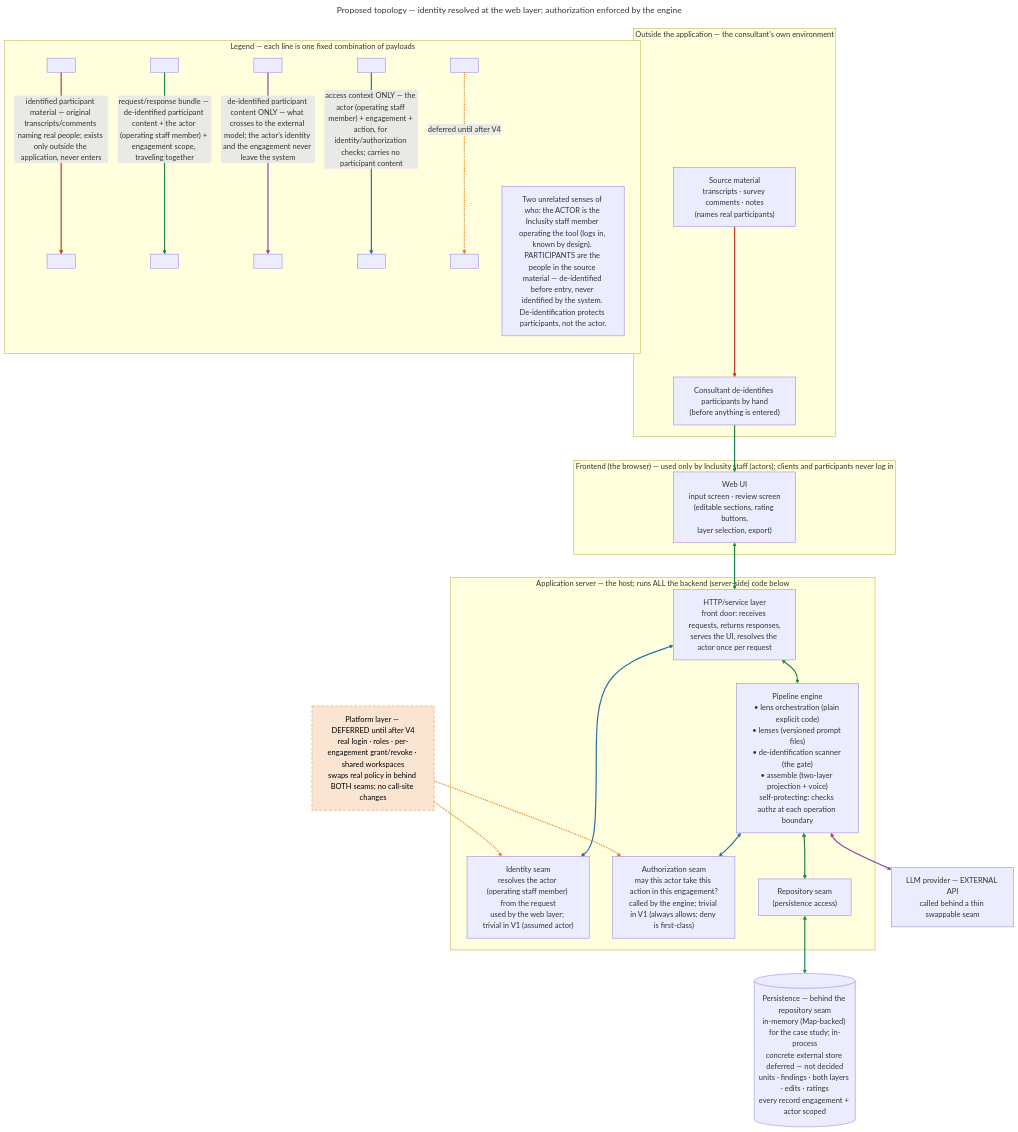
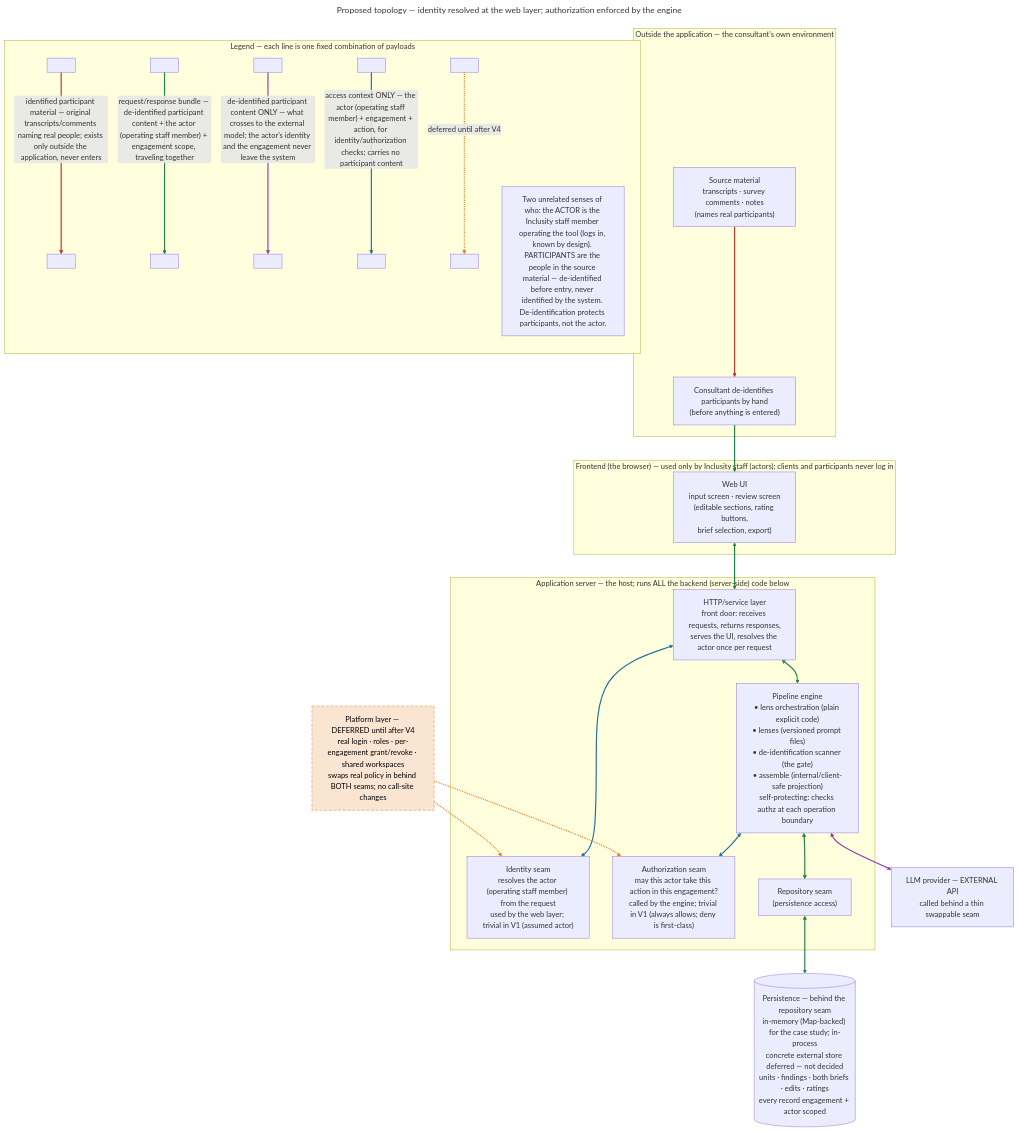
The diagram in docs/build_implementation.md (dkent600/HumanLens), drawn with Mermaid before and after one commit. The commit also changed other lines of this file and 25 other files, not shown here.

First line of the commit message:
refactor(module1): rename lens Layer→Wave and auth BriefLayer→BriefType (naming only)

````diff
--- a/docs/build_implementation.md
+++ b/docs/build_implementation.md
@@ -73,59 +73,59 @@
 ```mermaid
 ---
 title: "Proposed topology — identity resolved at the web layer; authorization enforced by the engine"
 ---
 flowchart TB
     subgraph OUT["Outside the application — the consultant's own environment"]
         SRC["Source material<br/>transcripts · survey comments · notes<br/>(names real participants)"]
         DEIDH["Consultant de-identifies participants by hand<br/>(before anything is entered)"]
     end
 
     subgraph BROWSER["Frontend (the browser) — used only by Inclusity staff (actors); clients and participants never log in"]
-        UI["Web UI<br/>input screen · review screen<br/>(editable sections, rating buttons,<br/>layer selection, export)"]
+        UI["Web UI<br/>input screen · review screen<br/>(editable sections, rating buttons,<br/>brief selection, export)"]
     end
 
     subgraph HOST["Application server — the host; runs ALL the backend (server-side) code below"]
         WEB["HTTP/service layer<br/>front door: receives requests, returns responses,<br/>serves the UI, resolves the actor once per request"]
         IDENTITY["Identity seam<br/>resolves the actor (operating staff member) from the request<br/>used by the web layer; trivial in V1 (assumed actor)"]
-        ENGINE["Pipeline engine<br/>• lens orchestration (plain explicit code)<br/>• lenses (versioned prompt files)<br/>• de-identification scanner (the gate)<br/>• assemble (two-layer projection + voice)<br/>self-protecting: checks authz at each operation boundary"]
+        ENGINE["Pipeline engine<br/>• lens orchestration (plain explicit code)<br/>• lenses (versioned prompt files)<br/>• de-identification scanner (the gate)<br/>• assemble (internal/client-safe projection)<br/>self-protecting: checks authz at each operation boundary"]
         AUTHZ["Authorization seam<br/>may this actor take this action in this engagement?<br/>called by the engine; trivial in V1 (always allows; deny is first-class)"]
         DAL["Repository seam<br/>(persistence access)"]
     end
 
-    DB[("Persistence — behind the repository seam<br/>in-memory (Map-backed) for the case study; in-process<br/>concrete external store deferred — not decided<br/>units · findings · both layers · edits · ratings<br/>every record engagement + actor scoped")]
+    DB[("Persistence — behind the repository seam<br/>in-memory (Map-backed) for the case study; in-process<br/>concrete external store deferred — not decided<br/>units · findings · both briefs · edits · ratings<br/>every record engagement + actor scoped")]
 
     LLM["LLM provider — EXTERNAL API<br/>called behind a thin swappable seam"]
 
     PLATFORM["Platform layer — DEFERRED until after V4<br/>real login · roles · per-engagement grant/revoke · shared workspaces<br/>swaps real policy in behind BOTH seams; no call-site changes"]
 
     SRC --> DEIDH
     DEIDH --> UI
     UI <--> WEB
     WEB <--> IDENTITY
     WEB <--> ENGINE
     ENGINE <--> AUTHZ
     ENGINE <--> DAL
     DAL <--> DB
     ENGINE <--> LLM
     PLATFORM -.-> IDENTITY
     PLATFORM -.-> AUTHZ
 
     subgraph KEY["Legend — each line is one fixed combination of payloads"]
         direction TB
         lr1[" "] -->|"identified participant material — original transcripts/comments naming real people; exists only outside the application, never enters"| lr2[" "]
         lg1[" "] -->|"request/response bundle — de-identified participant content + the actor (operating staff member) + engagement scope, traveling together"| lg2[" "]
         lp1[" "] -->|"de-identified participant content ONLY — what crosses to the external model; the actor's identity and the engagement never leave the system"| lp2[" "]
         lb1[" "] -->|"access context ONLY — the actor (operating staff member) + engagement + action, for identity/authorization checks; carries no participant content"| lb2[" "]
         lo1[" "] -.->|"deferred until after V4"| lo2[" "]
         NOTE["Two unrelated senses of who: the ACTOR is the Inclusity staff member operating the tool (logs in, known by design). PARTICIPANTS are the people in the source material — de-identified before entry, never identified by the system. De-identification protects participants, not the actor."]
     end
 
     classDef postv4 fill:#fae5d3,stroke:#e67e22,color:#000,stroke-dasharray:6 4;
     class PLATFORM postv4;
 
     linkStyle 0,11 stroke:#c0392b,stroke-width:2.5px;
     linkStyle 1,2,4,6,7,12 stroke:#1e8449,stroke-width:2.5px;
     linkStyle 3,5,14 stroke:#2471a3,stroke-width:2.5px;
     linkStyle 8,13 stroke:#8e44ad,stroke-width:2.5px;
     linkStyle 9,10,15 stroke:#e67e22,stroke-width:2.5px;
 ```
````
